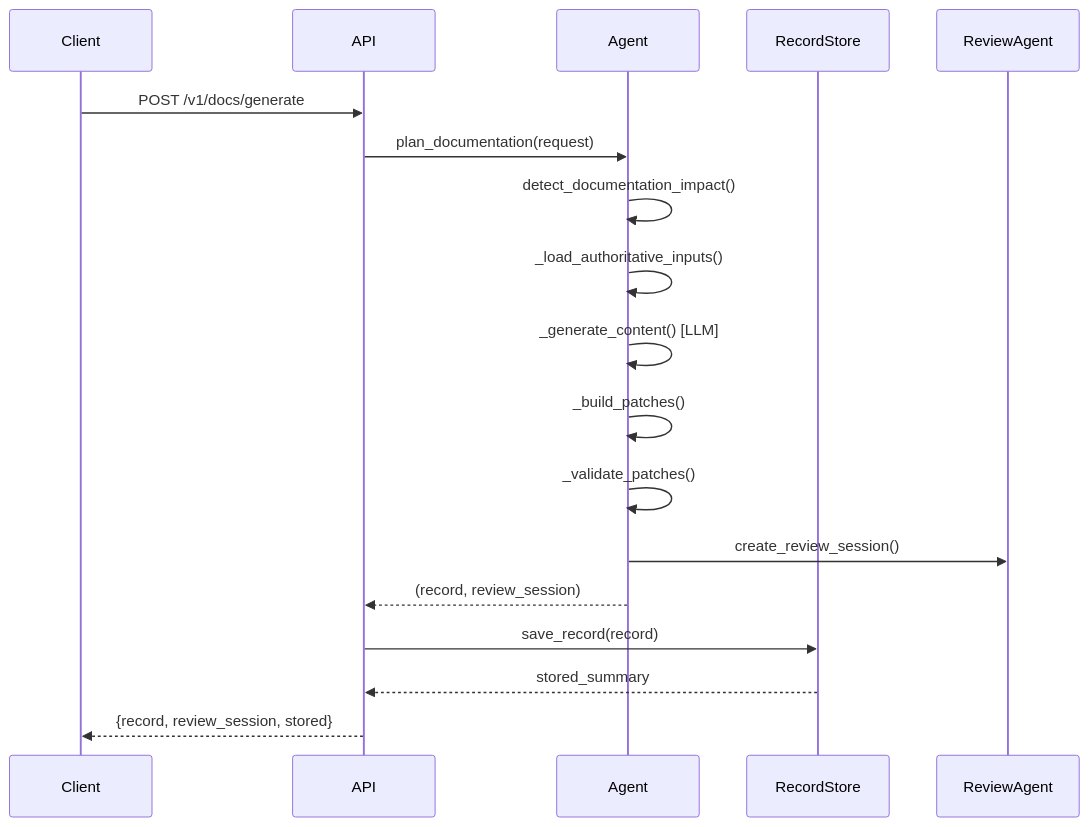
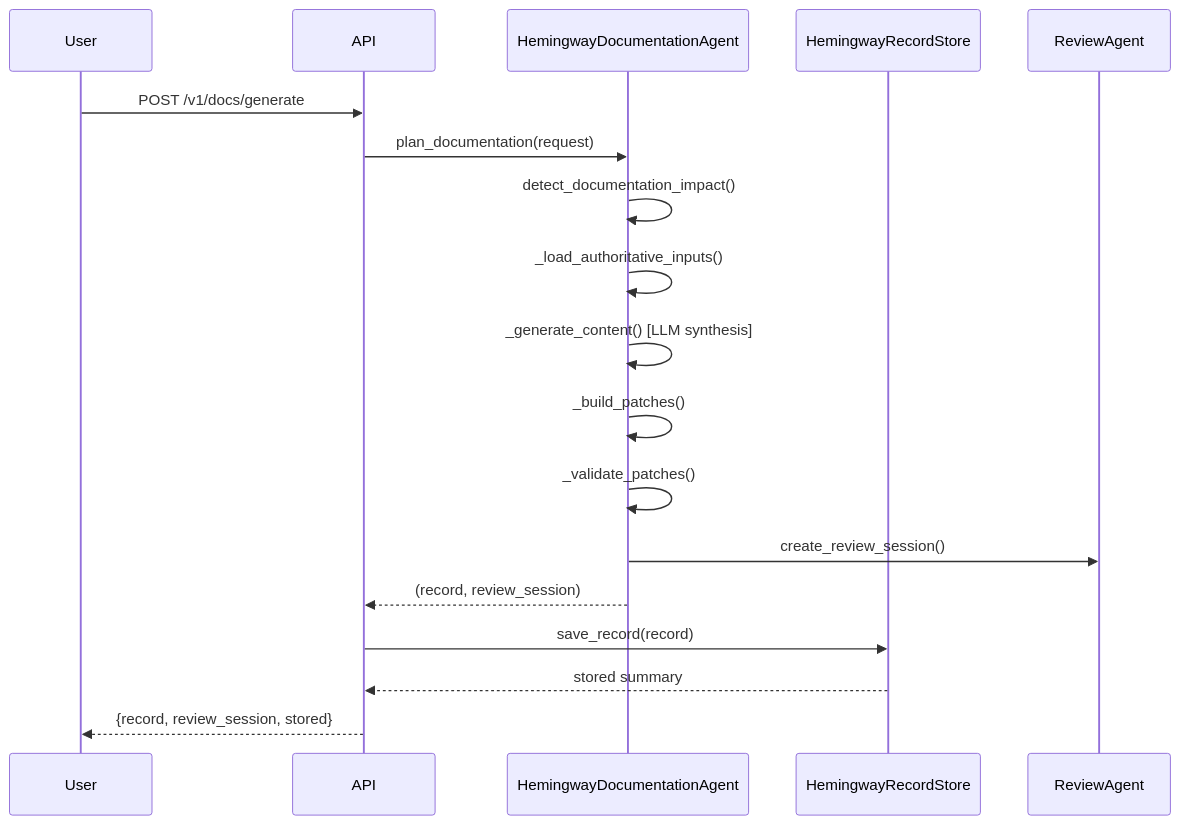
One commit to jmac-cornelis/agent-workforce changed the second of 4 diagrams in docs/agents-hemingway.md. Above: the diagram before and after it, drawn with Mermaid. The commit also changed other lines of this file and 7 other files, not shown here.

Commit message:
docs: auto-generate documentation for PR #23 [skip ci]

````diff
--- a/docs/agents-hemingway.md
+++ b/docs/agents-hemingway.md
@@ -51,21 +51,21 @@
 ```mermaid
 sequenceDiagram
-    participant Client
+    participant User
     participant API
-    participant Agent
-    participant RecordStore
-    participant ReviewAgent
+    participant Agent as HemingwayDocumentationAgent
+    participant Store as HemingwayRecordStore
+    participant Review as ReviewAgent
     
-    Client->>API: POST /v1/docs/generate
+    User->>API: POST /v1/docs/generate
     API->>Agent: plan_documentation(request)
     Agent->>Agent: detect_documentation_impact()
     Agent->>Agent: _load_authoritative_inputs()
-    Agent->>Agent: _generate_content() [LLM]
+    Agent->>Agent: _generate_content() [LLM synthesis]
     Agent->>Agent: _build_patches()
     Agent->>Agent: _validate_patches()
-    Agent->>ReviewAgent: create_review_session()
+    Agent->>Review: create_review_session()
     Agent-->>API: (record, review_session)
-    API->>RecordStore: save_record(record)
-    RecordStore-->>API: stored_summary
-    API-->>Client: {record, review_session, stored}
+    API->>Store: save_record(record)
+    Store-->>API: stored summary
+    API-->>User: {record, review_session, stored}
 ```
````
